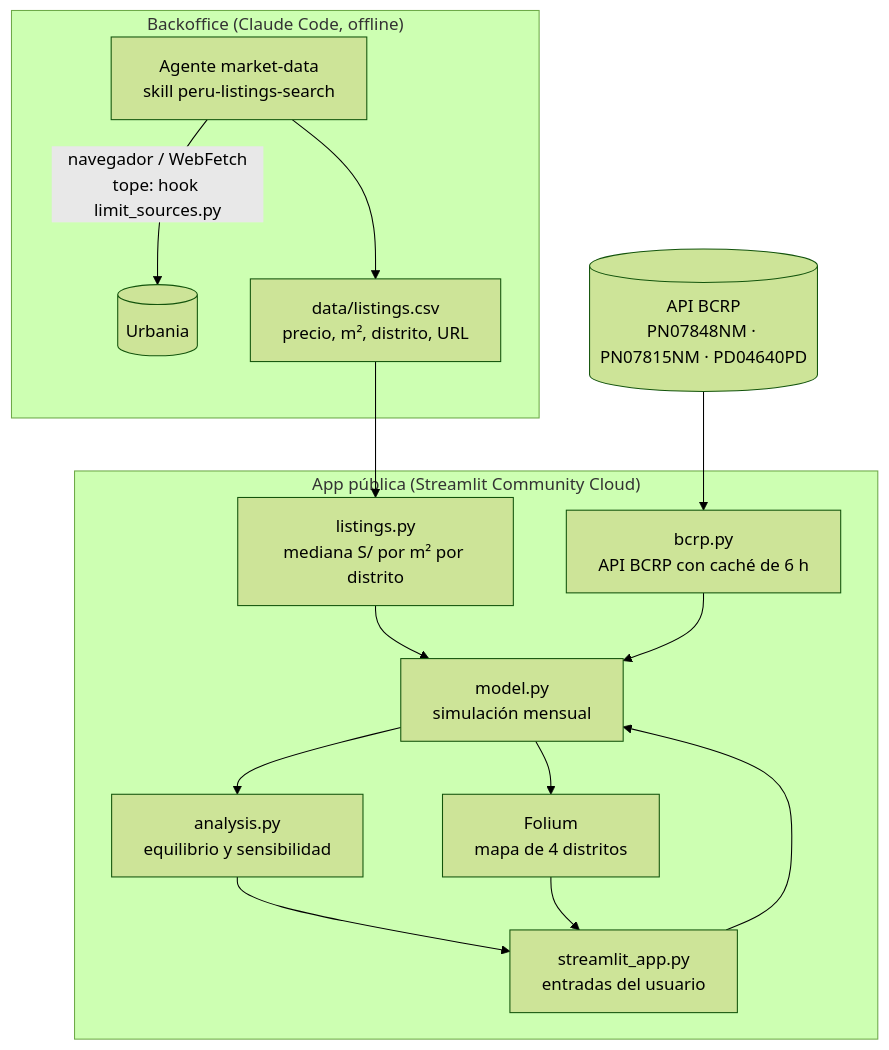
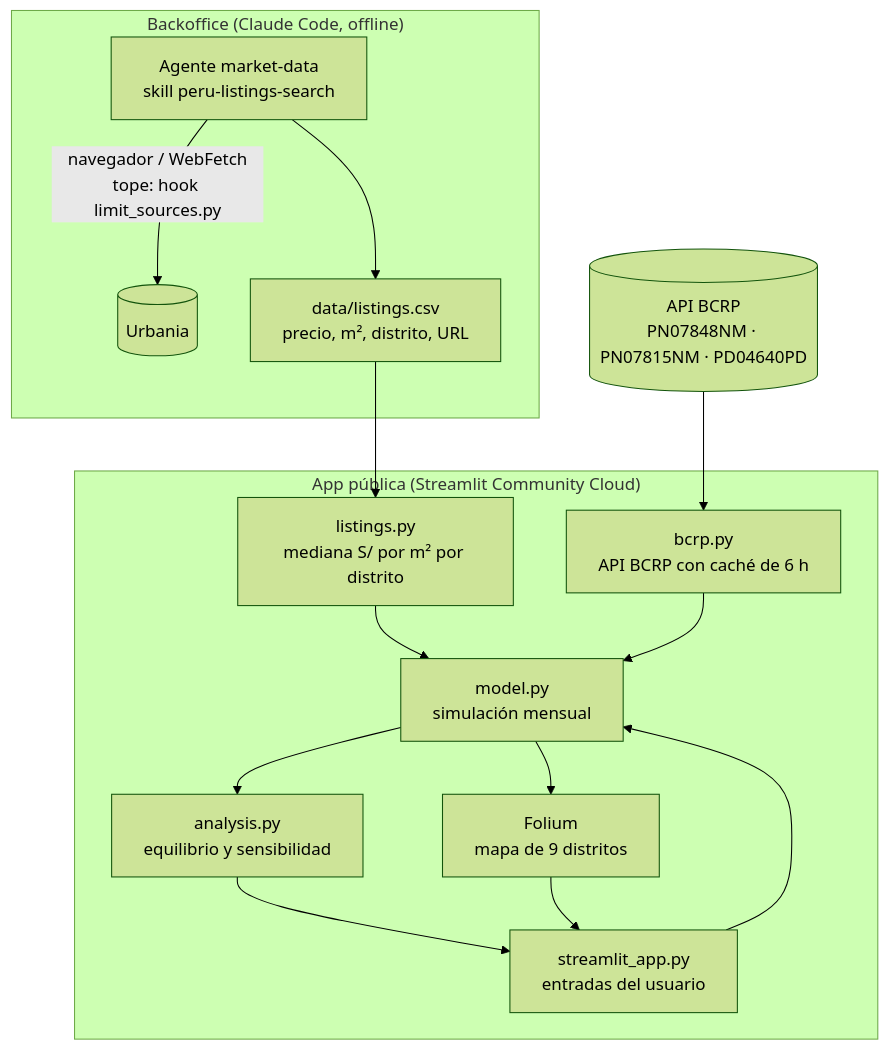
The diagram in docs/arquitectura.md (karelysscs/Proyecto_Final), drawn with Mermaid (forest theme) before and after one commit. The commit also changed 5 other files, not shown here.

````diff
--- a/docs/arquitectura.md
+++ b/docs/arquitectura.md
@@ -3,24 +3,24 @@
 ```mermaid
 flowchart TB
     subgraph Backoffice["Backoffice (Claude Code, offline)"]
         AG[Agente market-data<br/>skill peru-listings-search] -->|navegador / WebFetch<br/>tope: hook limit_sources.py| URB[(Urbania)]
         AG --> CSV[data/listings.csv<br/>precio, m², distrito, URL]
     end
     subgraph App["App pública (Streamlit Community Cloud)"]
         UI[streamlit_app.py<br/>entradas del usuario]
         L[listings.py<br/>mediana S/ por m² por distrito]
         B[bcrp.py<br/>API BCRP con caché de 6 h]
         M[model.py<br/>simulación mensual]
         A[analysis.py<br/>equilibrio y sensibilidad]
-        MAP[Folium<br/>mapa de 4 distritos]
+        MAP[Folium<br/>mapa de 9 distritos]
     end
     CSV --> L
     BCRP[(API BCRP<br/>PN07848NM · PN07815NM · PD04640PD)] --> B
     UI --> M
     L --> M
     B --> M
     M --> A
     M --> MAP
     A --> UI
     MAP --> UI
 ```
````
